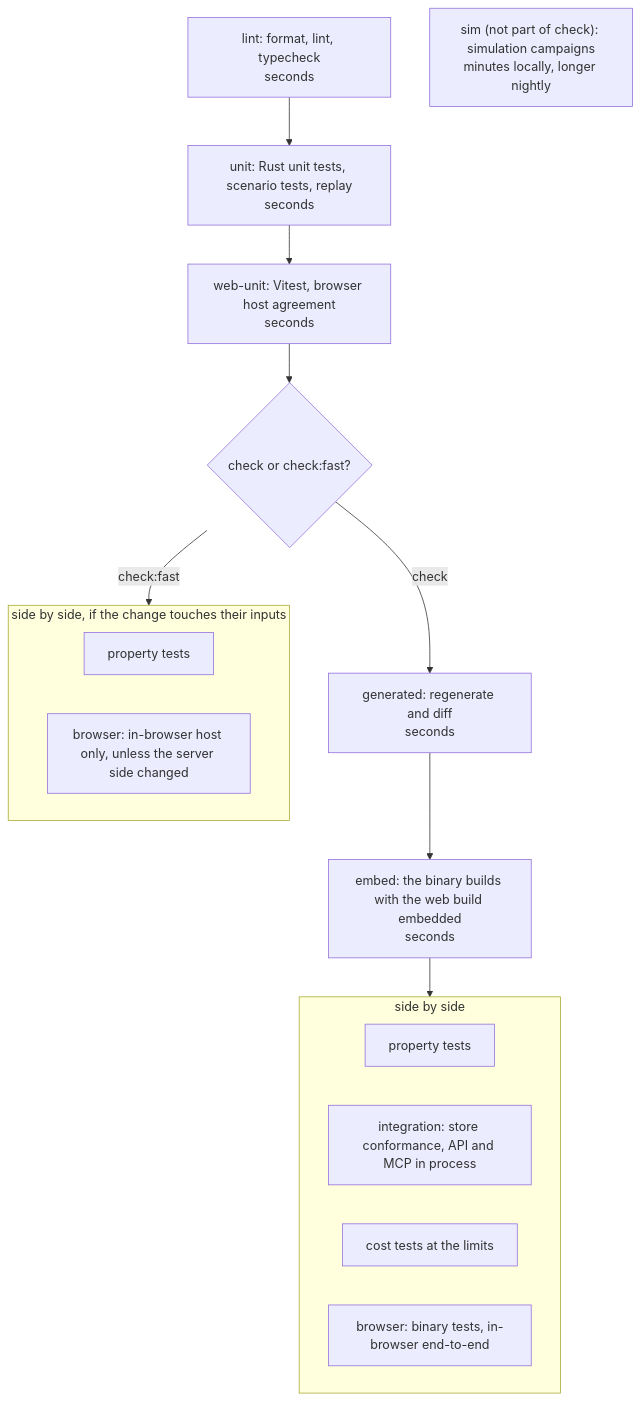
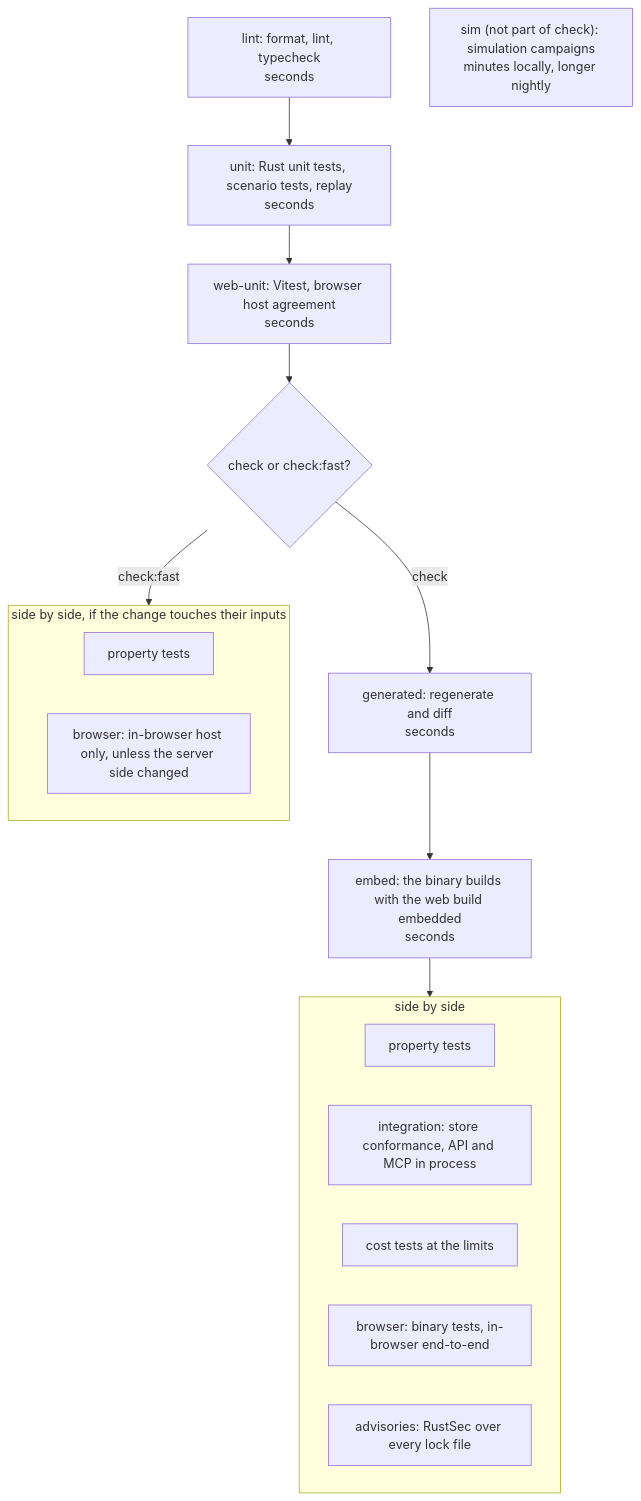
The diagram in PRACTICES.md (JacobHayes/cairn), drawn with Mermaid before and after one commit. The commit also changed other lines of this file and 7 other files, not shown here.

````diff
--- a/PRACTICES.md
+++ b/PRACTICES.md
@@ -245,19 +245,20 @@
 ```mermaid
 flowchart TB
     lint["lint: format, lint, typecheck<br/>seconds"] --> unit["unit: Rust unit tests, scenario tests, replay<br/>seconds"] --> webunit["web-unit: Vitest, browser host agreement<br/>seconds"]
     webunit --> gate{"check or check:fast?"}
     gate -- "check" --> generated["generated: regenerate and diff<br/>seconds"]
     generated --> embed["embed: the binary builds with the web build embedded<br/>seconds"] --> all
     subgraph all["side by side"]
         property["property tests"]
         integration["integration: store conformance, API and MCP in process"]
         cost["cost tests at the limits"]
         browser["browser: binary tests, in-browser end-to-end"]
+        advisories["advisories: RustSec over every lock file"]
     end
     gate -- "check:fast" --> some
     subgraph some["side by side, if the change touches their inputs"]
         property2["property tests"]
         browser2["browser: in-browser host only, unless the server side changed"]
     end
     sim["sim (not part of check): simulation campaigns<br/>minutes locally, longer nightly"]
 ```
````
